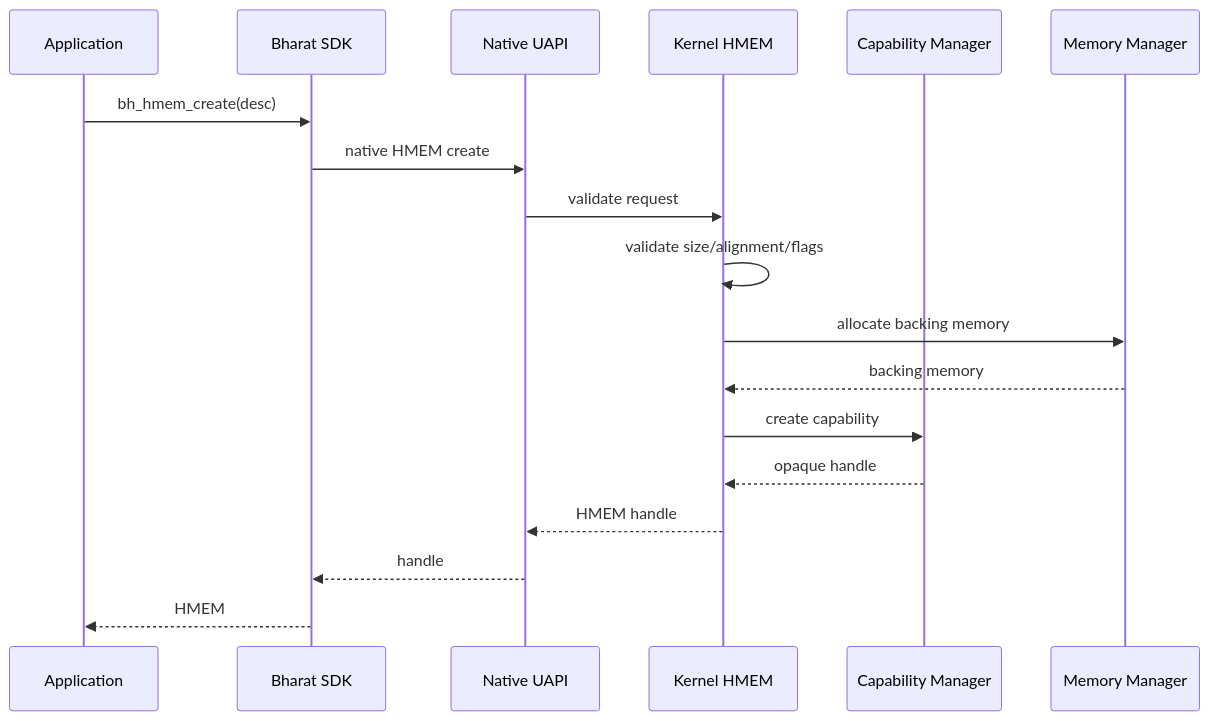
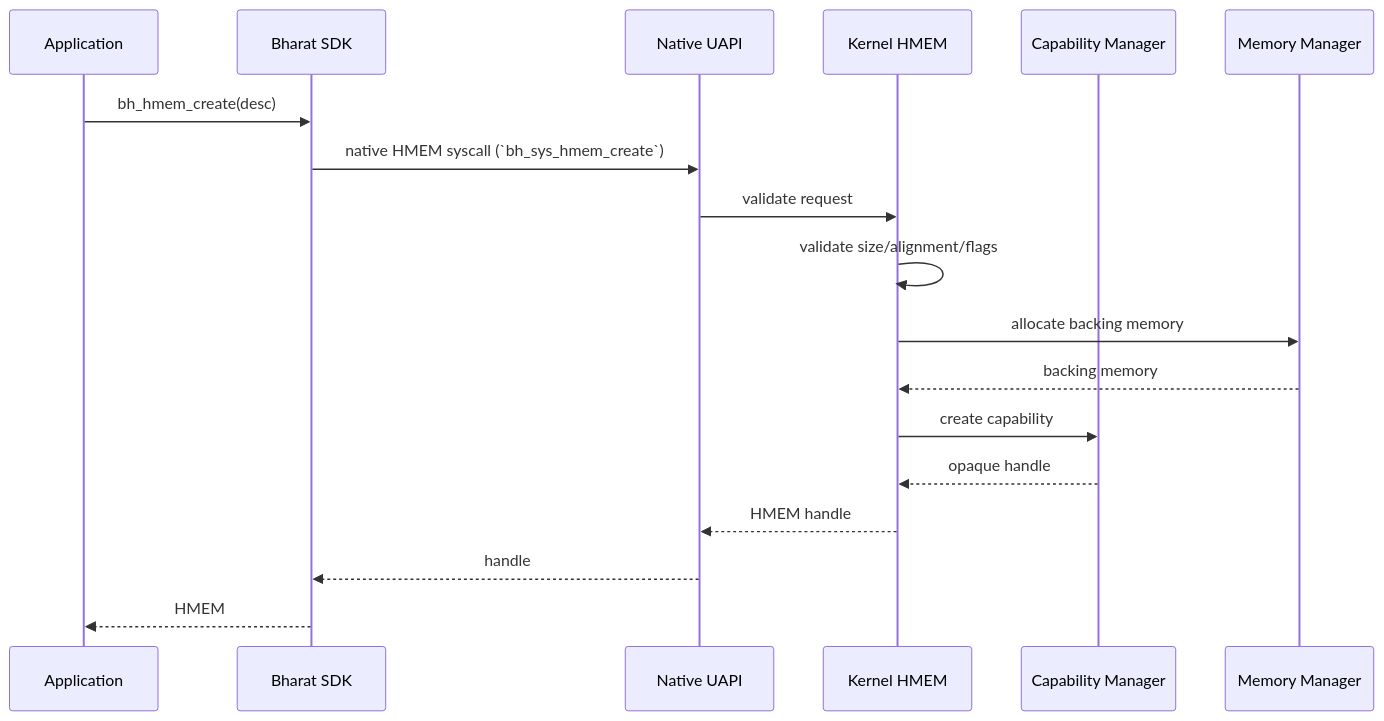
The second of 4 diagrams in docs/architecture/compute/BHCF-002-hmem.md (CloudCarpentry/Bharat-OS), drawn with Mermaid before and after one commit. The commit also changed other lines of this file and 21 other files, not shown here.

First line of the commit message:
feat: Native HMEM integration with safety fallbacks (P0 vertical slice)

````diff
--- a/docs/architecture/compute/BHCF-002-hmem.md
+++ b/docs/architecture/compute/BHCF-002-hmem.md
@@ -74,25 +74,25 @@
 ```mermaid
 sequenceDiagram
 
     participant A as Application
     participant S as Bharat SDK
     participant U as Native UAPI
     participant K as Kernel HMEM
     participant C as Capability Manager
     participant M as Memory Manager
 
     A->>S: bh_hmem_create(desc)
-    S->>U: native HMEM create
+    S->>U: native HMEM syscall (`bh_sys_hmem_create`)
     U->>K: validate request
 
     K->>K: validate size/alignment/flags
     K->>M: allocate backing memory
     M-->>K: backing memory
 
     K->>C: create capability
     C-->>K: opaque handle
 
     K-->>U: HMEM handle
     U-->>S: handle
     S-->>A: HMEM
 ```
````
